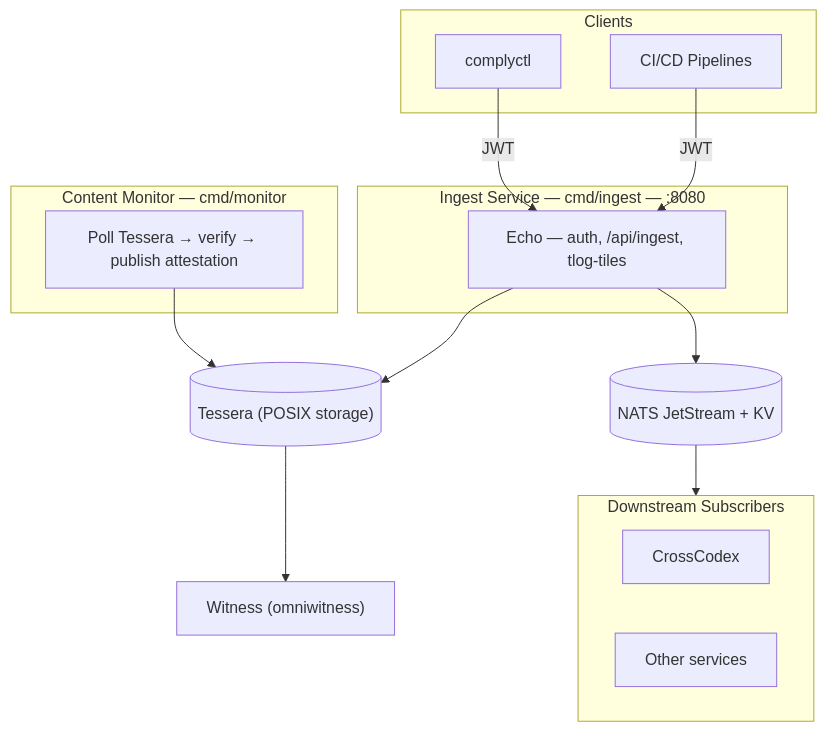
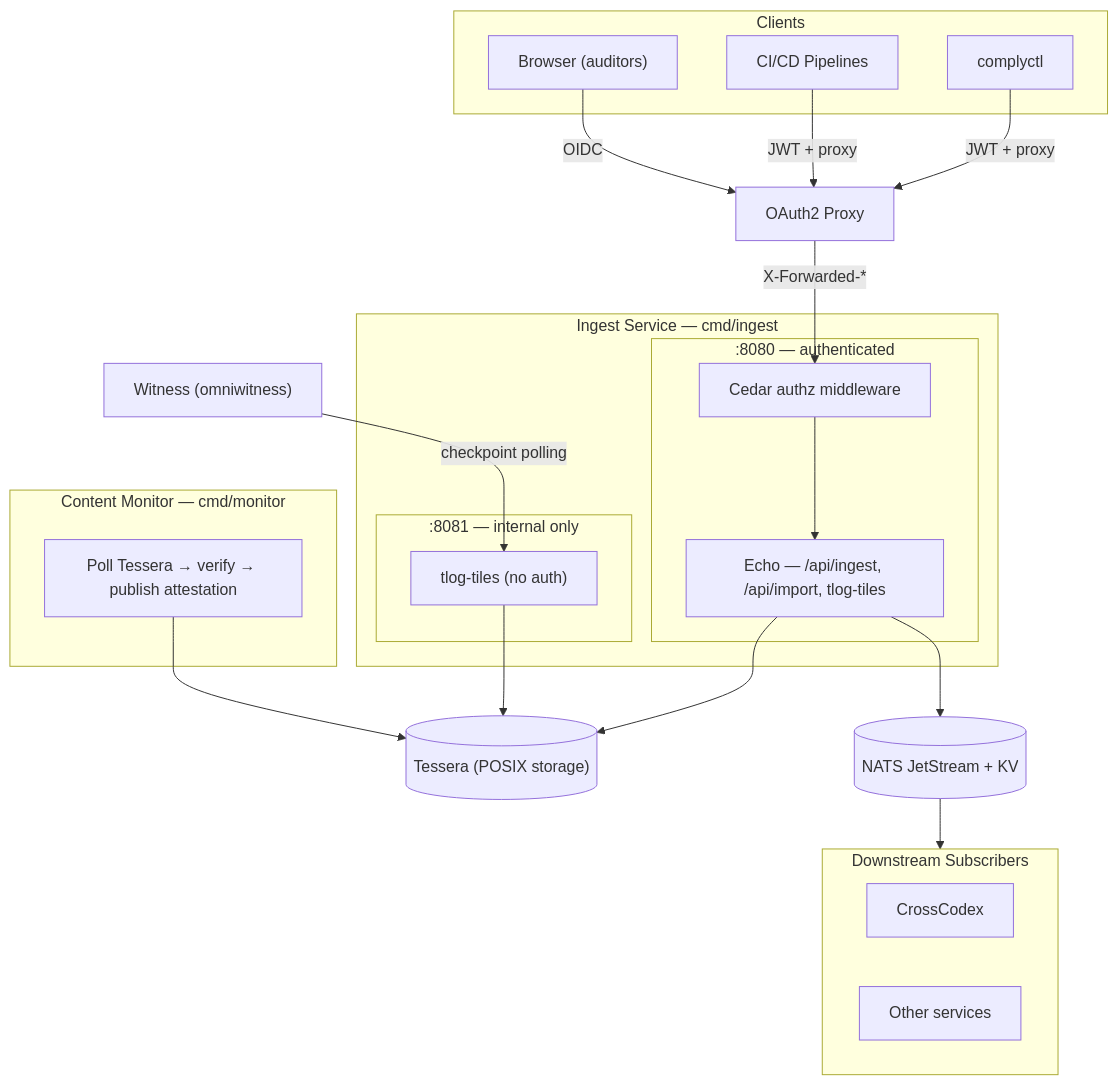
Before and after one commit to complytime-labs/complytime-core: the first of 2 diagrams in docs/architecture.md, drawn with Mermaid. The commit also changed other lines of this file and 29 other files, not shown here.

First line of the commit message:
feat: Cedar authorization with default-deny middleware and authenticated tlog reads (#163)

````diff
--- a/docs/architecture.md
+++ b/docs/architecture.md
@@ -22,32 +22,45 @@
 ```mermaid
 flowchart TB
   subgraph Clients
     complyctl["complyctl"]
     CI["CI/CD Pipelines"]
+    Browser["Browser (auditors)"]
   end
 
-  subgraph Ingest["Ingest Service — cmd/ingest — :8080"]
-    Echo["Echo — auth, /api/ingest, tlog-tiles"]
+  Proxy["OAuth2 Proxy"]
+
+  subgraph Ingest["Ingest Service — cmd/ingest"]
+    subgraph Primary[":8080 — authenticated"]
+      Cedar["Cedar authz middleware"]
+      Echo["Echo — /api/ingest, /api/import, tlog-tiles"]
+    end
+    subgraph Internal[":8081 — internal only"]
+      IntTiles["tlog-tiles (no auth)"]
+    end
   end
 
   Tessera[("Tessera (POSIX storage)")]
   NATS[("NATS JetStream + KV")]
   Witness["Witness (omniwitness)"]
 
   subgraph Monitor["Content Monitor — cmd/monitor"]
     WS["Poll Tessera → verify → publish attestation"]
   end
 
   subgraph Downstream["Downstream Subscribers"]
     CrossCodex["CrossCodex"]
     Other["Other services"]
   end
 
-  complyctl -->|"JWT"| Echo
-  CI -->|"JWT"| Echo
+  complyctl -->|"JWT + proxy"| Proxy
+  CI -->|"JWT + proxy"| Proxy
+  Browser -->|"OIDC"| Proxy
+  Proxy -->|"X-Forwarded-*"| Cedar
+  Cedar --> Echo
   Echo --> Tessera
   Echo --> NATS
-  Tessera --> Witness
+  Witness -->|"checkpoint polling"| IntTiles
+  IntTiles --> Tessera
   WS --> Tessera
   NATS --> Downstream
 ```
````
